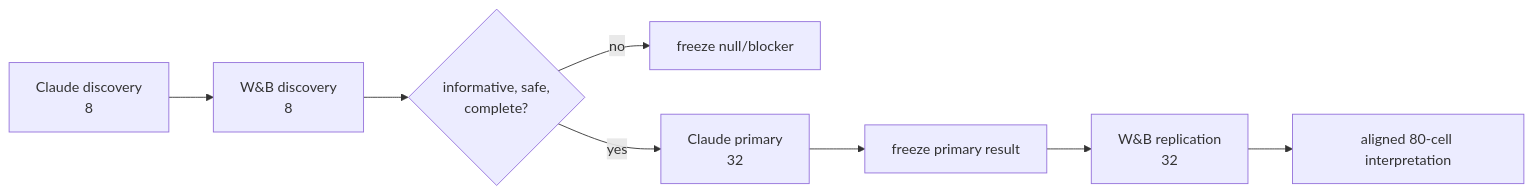
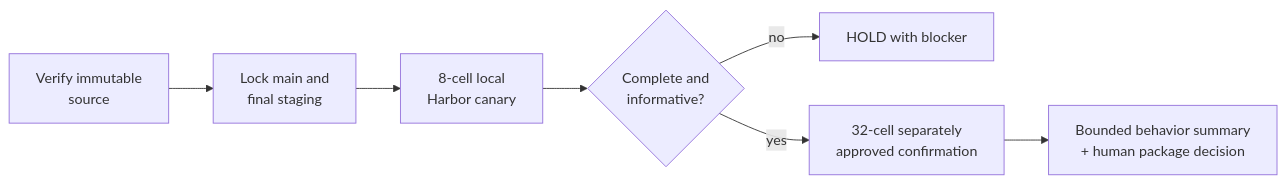
The second of 2 diagrams in docs/articles/fugue-agentic-software-factory/fugue-3-api-compatibility-is-not-agent-compatibility/article.md (ash0ts/fugue), drawn with Mermaid before and after one commit. The commit also changed other lines of this file and 104 other files, not shown here.

````diff
--- a/docs/articles/fugue-agentic-software-factory/fugue-3-api-compatibility-is-not-agent-compatibility/article.md
+++ b/docs/articles/fugue-agentic-software-factory/fugue-3-api-compatibility-is-not-agent-compatibility/article.md
@@ -291,10 +227,9 @@
 ```mermaid
 flowchart LR
-    CD["Claude discovery<br/>8"] --> WD["W&B discovery<br/>8"]
-    WD --> G{"informative, safe,<br/>complete?"}
-    G -->|no| STOP["freeze null/blocker"]
-    G -->|yes| CP["Claude primary<br/>32"]
-    CP --> F["freeze primary result"]
-    F --> WR["W&B replication<br/>32"]
-    WR --> A["aligned 80-cell interpretation"]
+    S["Verify immutable<br/>source"] --> M["Lock main and<br/>final staging"]
+    M --> C["8-cell local<br/>Harbor canary"]
+    C --> G{"Complete and<br/>informative?"}
+    G -->|no| H["HOLD with blocker"]
+    G -->|yes| F["32-cell separately<br/>approved confirmation"]
+    F --> D["Bounded behavior summary<br/>+ human package decision"]
 ```
````
